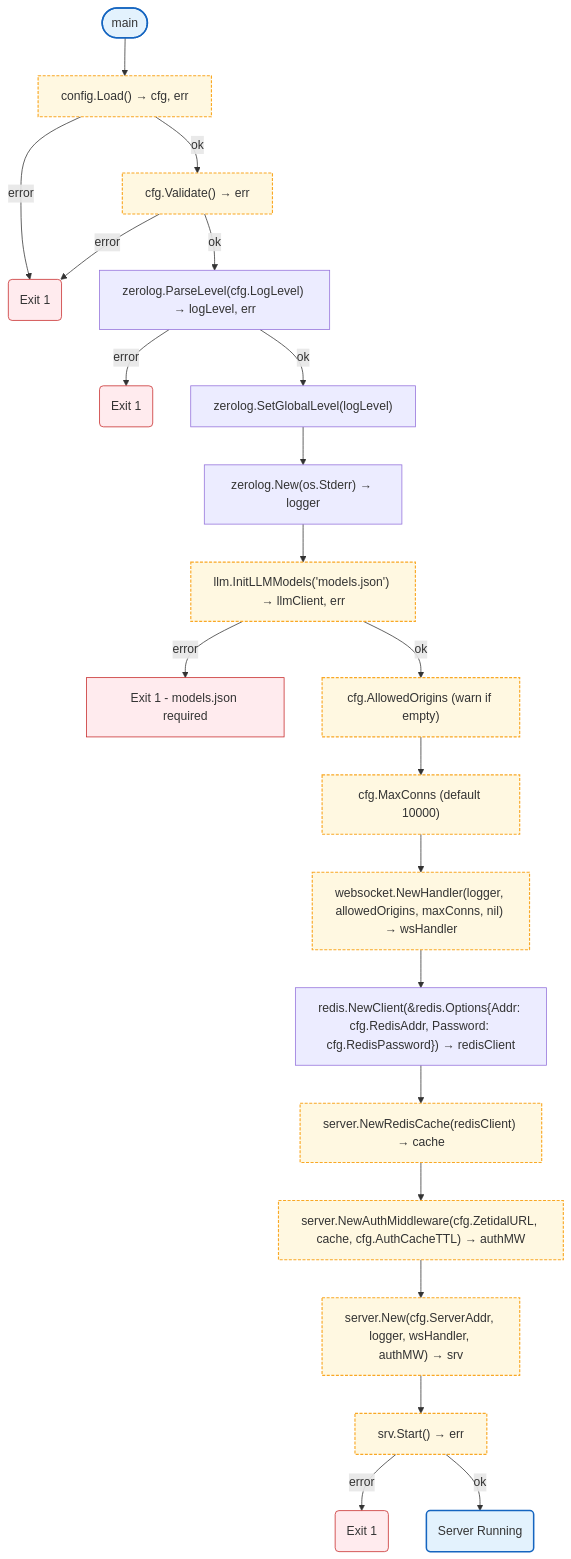
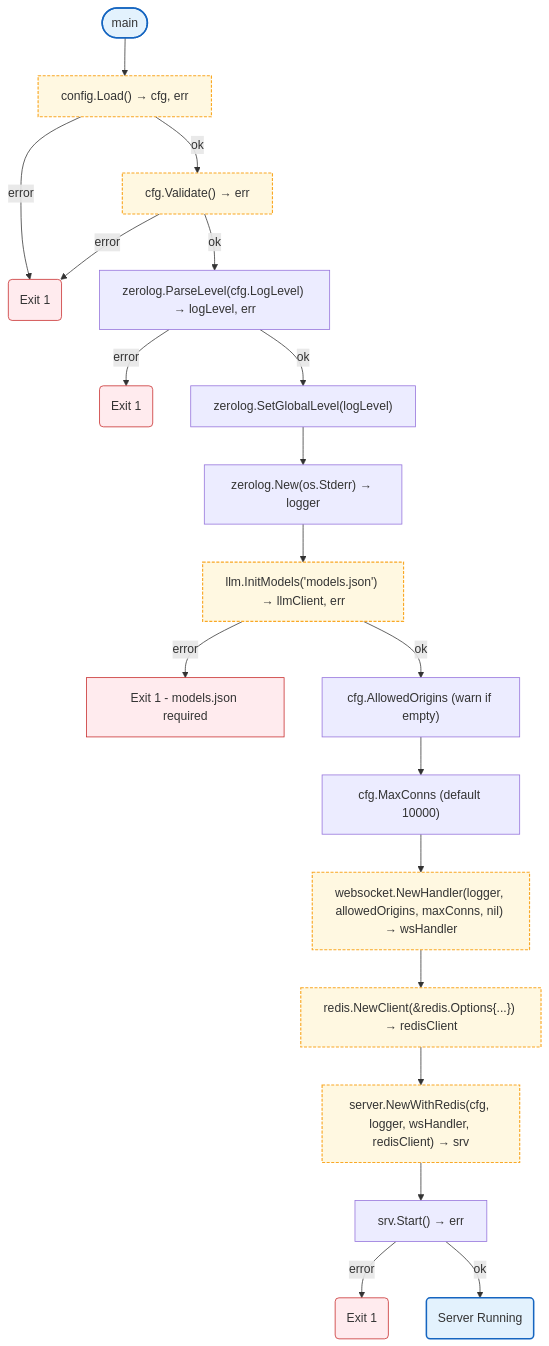
One commit to radch-ai/ava changed the diagram in docs/cmd/gateway.md. Above: the diagram before and after it, drawn with Mermaid. The commit also changed other lines of this file and 6 other files, not shown here.

First line of the commit message:
refactor: simplify gateway init with server.NewWithRedis and llm.InitModels

````diff
--- a/docs/cmd/gateway.md
+++ b/docs/cmd/gateway.md
@@ -7,39 +7,35 @@
 ```mermaid
 flowchart TB
     Start([main]) --> LoadCfg["config.Load() → cfg, err"]
     LoadCfg -->|error| Exit1("Exit 1")
     LoadCfg -->|ok| ValidateCfg["cfg.Validate() → err"]
     ValidateCfg -->|error| Exit1
     ValidateCfg -->|ok| ParseLevel["zerolog.ParseLevel(cfg.LogLevel) → logLevel, err"]
     ParseLevel -->|error| Exit2("Exit 1")
     ParseLevel -->|ok| SetLevel["zerolog.SetGlobalLevel(logLevel)"]
     SetLevel --> CreateLogger["zerolog.New(os.Stderr) → logger"]
-    CreateLogger --> InitLLM["llm.InitLLMModels('models.json') → llmClient, err"]
+    CreateLogger --> InitLLM["llm.InitModels('models.json') → llmClient, err"]
     InitLLM -->|error| ExitLLM["Exit 1 - models.json required"]
     InitLLM -->|ok| CheckOrigins["cfg.AllowedOrigins (warn if empty)"]
     CheckOrigins --> CheckConns["cfg.MaxConns (default 10000)"]
     CheckConns --> CreateWS["websocket.NewHandler(logger, allowedOrigins, maxConns, nil) → wsHandler"]
-    CreateWS --> InitRedis["redis.NewClient(&redis.Options{Addr: cfg.RedisAddr, Password: cfg.RedisPassword}) → redisClient"]
-    InitRedis --> CreateCache["server.NewRedisCache(redisClient) → cache"]
-    CreateCache --> CreateAuthMW["server.NewAuthMiddleware(cfg.ZetidalURL, cache, cfg.AuthCacheTTL) → authMW"]
-    CreateAuthMW --> CreateServer["server.New(cfg.ServerAddr, logger, wsHandler, authMW) → srv"]
+    CreateWS --> InitRedis["redis.NewClient(&redis.Options{...}) → redisClient"]
+    InitRedis --> CreateServer["server.NewWithRedis(cfg, logger, wsHandler, redisClient) → srv"]
     CreateServer --> StartServer["srv.Start() → err"]
     StartServer -->|error| Exit3("Exit 1")
     StartServer -->|ok| Running("Server Running")
 
     click LoadCfg href "../config/README.md"
     click ValidateCfg href "../config/README.md"
     click InitLLM href "../internal/llm/models_config.md"
-    click CreateCache href "../internal/server/README.md"
-    click CreateAuthMW href "../internal/server/README.md"
     click CreateWS href "../internal/websocket.md"
     click CreateServer href "../internal/server/README.md"
 
     classDef mainFn fill:#e3f2fd,stroke:#1565c0,stroke-width:2px
     classDef localPkgs fill:#fff8e1,stroke:#f9a825,stroke-width:1.5px,stroke-dasharray:4 2
     classDef errorFlow fill:#ffebee,stroke:#c62828,stroke-width:1px
 
     class Start,Running mainFn
     class Exit1,Exit2,Exit3,ExitLLM errorFlow
-    class LoadCfg,ValidateCfg,InitLLM,CheckOrigins,CheckConns,CreateCache,CreateAuthMW,CreateWS,CreateServer,StartServer localPkgs
+    class LoadCfg,ValidateCfg,InitLLM,CreateWS,InitRedis,CreateServer localPkgs
 ```
````
